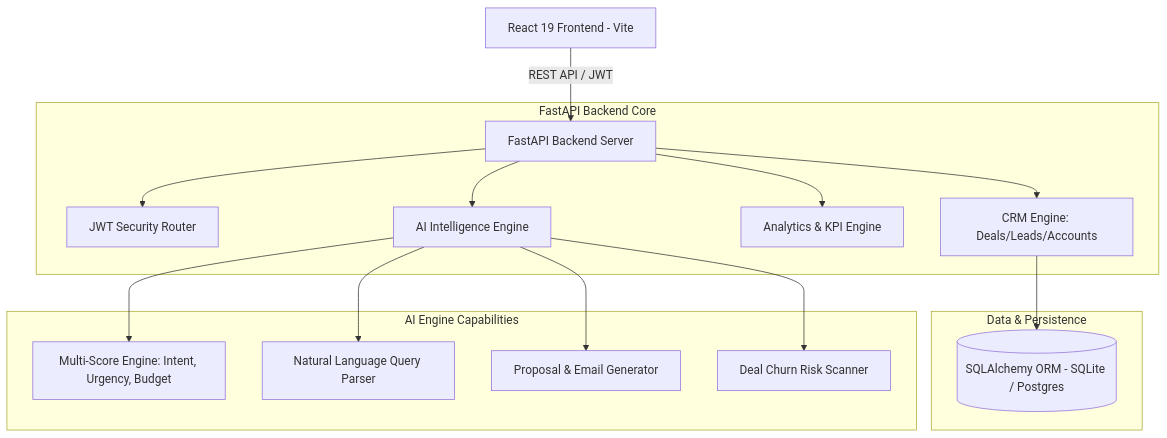
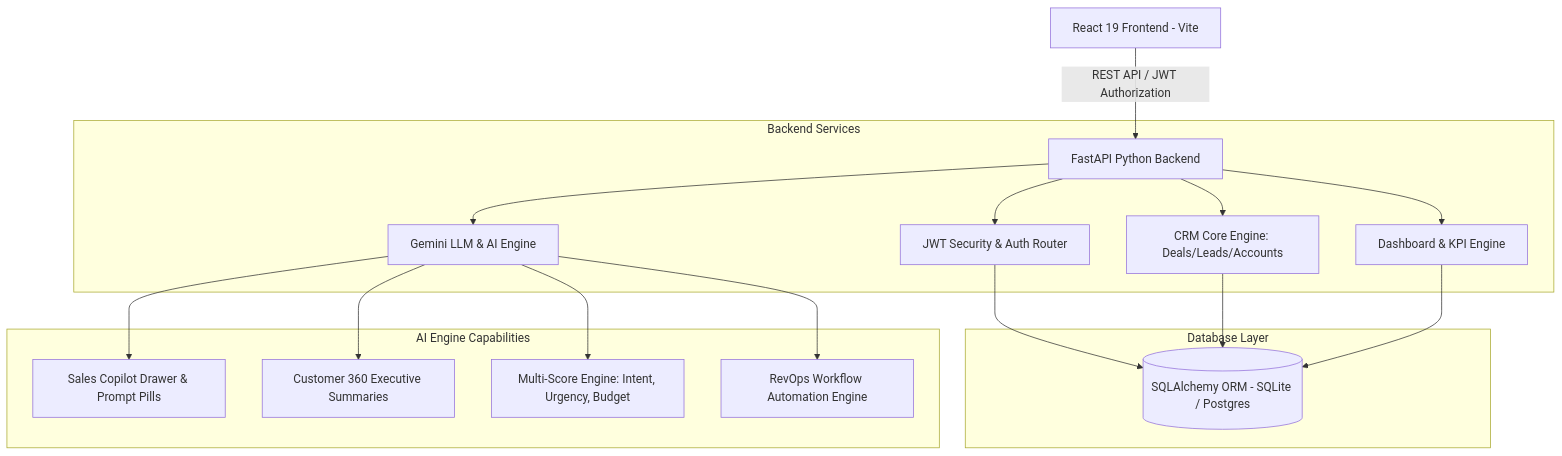
Before and after one commit to sid0803/thevertical-revops: the first of 2 diagrams in README.md, drawn with Mermaid. The commit also changed other lines of this file and 12 other files, not shown here.

Commit message:
feat: upgrade to recruiter-grade SaaS with Sales Copilot, Customer 360, Workflow Automation, Email Inbox, and Pytest suite

````diff
--- a/README.md
+++ b/README.md
@@ -11,22 +16,22 @@
 ```mermaid
 graph TD
-    Client[React 19 Frontend - Vite] -->|REST API / JWT| API[FastAPI Backend Server]
+    Client[React 19 Frontend - Vite] -->|REST API / JWT Authorization| API[FastAPI Python Backend]
     
-    subgraph FastAPI Backend Core
-        API --> Auth[JWT Security Router]
-        API --> CRM[CRM Engine: Deals/Leads/Accounts]
-        API --> Dash[Analytics & KPI Engine]
-        API --> AIService[AI Intelligence Engine]
+    subgraph Backend Services
+        API --> Auth[JWT Security & Auth Router]
+        API --> CRM[CRM Core Engine: Deals/Leads/Accounts]
+        API --> Analytics[Dashboard & KPI Engine]
+        API --> AIService[Gemini LLM & AI Engine]
     end
 
-    subgraph Data & Persistence
-        CRM --> DB[(SQLAlchemy ORM - SQLite / Postgres)]
+    subgraph Database Layer
+        Auth & CRM & Analytics --> DB[(SQLAlchemy ORM - SQLite / Postgres)]
     end
 
     subgraph AI Engine Capabilities
+        AIService --> Copilot[Sales Copilot Drawer & Prompt Pills]
+        AIService --> C360[Customer 360 Executive Summaries]
         AIService --> Score[Multi-Score Engine: Intent, Urgency, Budget]
-        AIService --> NL[Natural Language Query Parser]
-        AIService --> Gen[Proposal & Email Generator]
-        AIService --> Health[Deal Churn Risk Scanner]
+        AIService --> Workflows[RevOps Workflow Automation Engine]
     end
 ```
````
